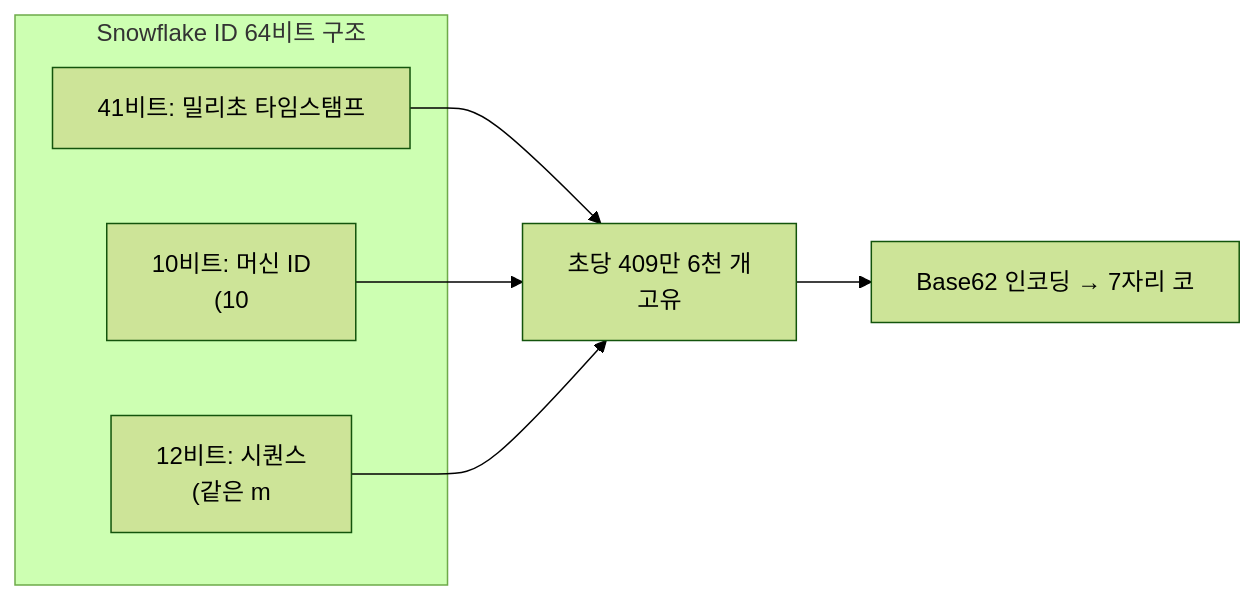
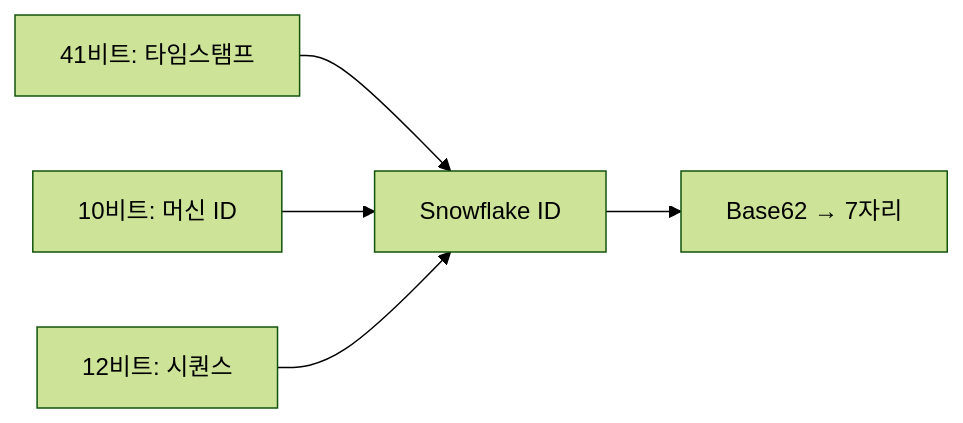
Before and after one commit to yjkim2015/yjkim2015.github.io: the first of 8 diagrams in _posts/systemdesign/2026-05-02-system-design-url-shortener.md, drawn with Mermaid (forest theme). The commit also changed 155 other files, not shown here.

First line of the commit message:
Mermaid 전면 수정: subgraph 제거, participant/노드/줄수 축소 (342블록)

````diff
--- a/_posts/systemdesign/2026-05-02-system-design-url-shortener.md
+++ b/_posts/systemdesign/2026-05-02-system-design-url-shortener.md
@@ -91,12 +91,7 @@
 ```mermaid
 graph LR
-    subgraph "Snowflake ID 64비트 구조"
-        T["41비트: 밀리초 타임스탬프<br"]
-        M["10비트: 머신 ID<br>(10"]
-        S["12비트: 시퀀스<br>(같은 m"]
-    end
-    T --> ID["초당 409만 6천 개<br>고유"]
-    M --> ID
-    S --> ID
-    ID --> BASE62["Base62 인코딩 → 7자리 코"]
+    T["41비트: 타임스탬프"] --> ID["Snowflake ID"]
+    M["10비트: 머신 ID"] --> ID
+    S["12비트: 시퀀스"] --> ID
+    ID --> BASE62["Base62 → 7자리"]
 ```
````
